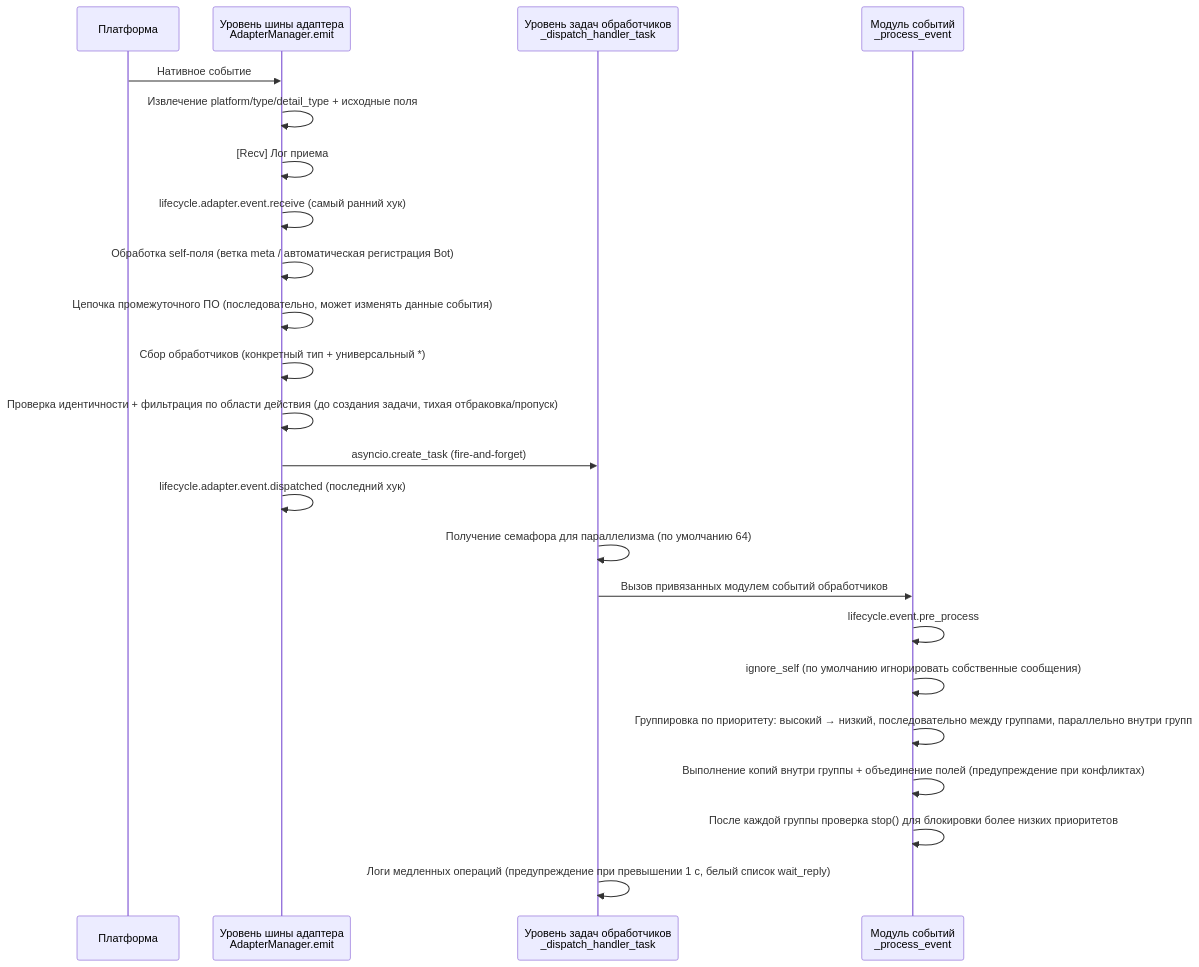
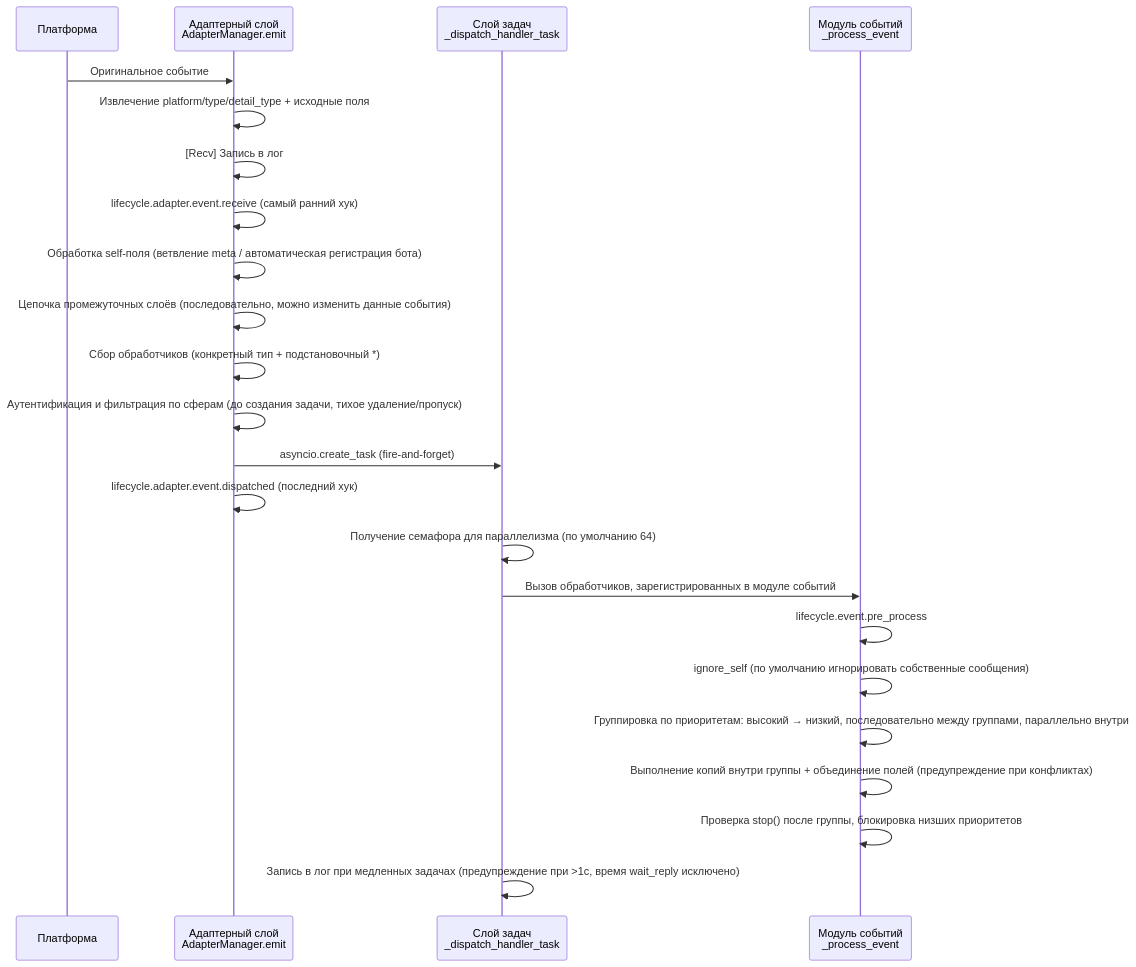
Before and after one commit to ErisPulse/ErisPulse: the fourth of 10 diagrams in docs/ru/architecture.md, drawn with Mermaid. The commit also changed other lines of this file and 828 other files, not shown here.

````diff
--- a/docs/ru/architecture.md
+++ b/docs/ru/architecture.md
@@ -108,26 +112,26 @@
 ```mermaid
 sequenceDiagram
     participant P as Платформа
-    participant A as Уровень шины адаптера<br/>AdapterManager.emit
-    participant T as Уровень задач обработчиков<br/>_dispatch_handler_task
+    participant A as Адаптерный слой<br/>AdapterManager.emit
+    participant T as Слой задач<br/>_dispatch_handler_task
     participant E as Модуль событий<br/>_process_event
 
-    P->>A: Нативное событие
+    P->>A: Оригинальное событие
     A->>A: Извлечение platform/type/detail_type + исходные поля
-    A->>A: [Recv] Лог приема
+    A->>A: [Recv] Запись в лог
     A->>A: lifecycle.adapter.event.receive (самый ранний хук)
-    A->>A: Обработка self-поля (ветка meta / автоматическая регистрация Bot)
-    A->>A: Цепочка промежуточного ПО (последовательно, может изменять данные события)
-    A->>A: Сбор обработчиков (конкретный тип + универсальный *)
-    A->>A: Проверка идентичности + фильтрация по области действия (до создания задачи, тихая отбраковка/пропуск)
+    A->>A: Обработка self-поля (ветвление meta / автоматическая регистрация бота)
+    A->>A: Цепочка промежуточных слоёв (последовательно, можно изменить данные события)
+    A->>A: Сбор обработчиков (конкретный тип + подстановочный *)
+    A->>A: Аутентификация и фильтрация по сферам (до создания задачи, тихое удаление/пропуск)
     A->>T: asyncio.create_task (fire-and-forget)
     A->>A: lifecycle.adapter.event.dispatched (последний хук)
     T->>T: Получение семафора для параллелизма (по умолчанию 64)
-    T->>E: Вызов привязанных модулем событий обработчиков
+    T->>E: Вызов обработчиков, зарегистрированных в модуле событий
     E->>E: lifecycle.event.pre_process
     E->>E: ignore_self (по умолчанию игнорировать собственные сообщения)
-    E->>E: Группировка по приоритету: высокий → низкий, последовательно между группами, параллельно внутри групп
+    E->>E: Группировка по приоритетам: высокий → низкий, последовательно между группами, параллельно внутри
     E->>E: Выполнение копий внутри группы + объединение полей (предупреждение при конфликтах)
-    E->>E: После каждой группы проверка stop() для блокировки более низких приоритетов
-    T->>T: Логи медленных операций (предупреждение при превышении 1 с, белый список wait_reply)
+    E->>E: Проверка stop() после группы, блокировка низших приоритетов
+    T->>T: Запись в лог при медленных задачах (предупреждение при >1с, время wait_reply исключено)
 ```
````
